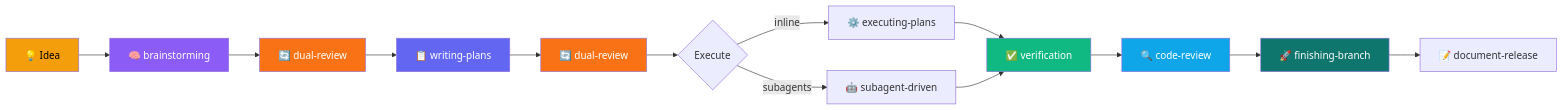
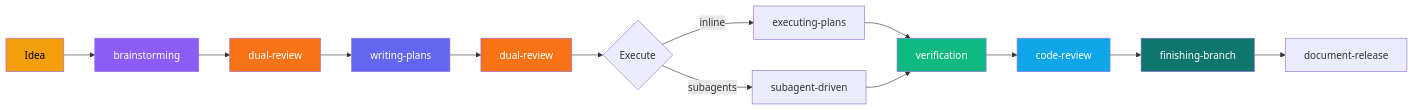
One commit to mrkhachaturov/rkstack changed the first of 3 diagrams in README.md. Above: the diagram before and after it, drawn with Mermaid. The commit also changed other lines of this file, not shown here.

First line of the commit message:
docs: rewrite README for stack + flowType architecture

````diff
--- a/README.md
+++ b/README.md
@@ -41,24 +40,24 @@
 ```mermaid
 graph LR
-    A["💡 Idea"] --> B["🧠 brainstorming"]
-    B --> DR1["🔄 dual-review"]
-    DR1 --> C["📋 writing-plans"]
-    C --> DR2["🔄 dual-review"]
+    A["Idea"] --> B["brainstorming"]
+    B --> DR1["dual-review"]
+    DR1 --> C["writing-plans"]
+    C --> DR2["dual-review"]
     DR2 --> D{"Execute"}
-    D -->|inline| E["⚙️ executing-plans"]
-    D -->|subagents| F["🤖 subagent-driven"]
-    E --> G["✅ verification"]
+    D -->|inline| E["executing-plans"]
+    D -->|subagents| F["subagent-driven"]
+    E --> G["verification"]
     F --> G
-    G --> H["🔍 code-review"]
-    H --> I["🚀 finishing-branch"]
-    I --> J["📝 document-release"]
+    G --> H["code-review"]
+    H --> I["finishing-branch"]
+    I --> J["document-release"]
 
     style A fill:#f59e0b,color:#000
     style B fill:#8b5cf6,color:#fff
     style C fill:#6366f1,color:#fff
     style DR1 fill:#f97316,color:#fff
     style DR2 fill:#f97316,color:#fff
     style G fill:#10b981,color:#fff
     style H fill:#0ea5e9,color:#fff
     style I fill:#0f766e,color:#fff
 ```
````
